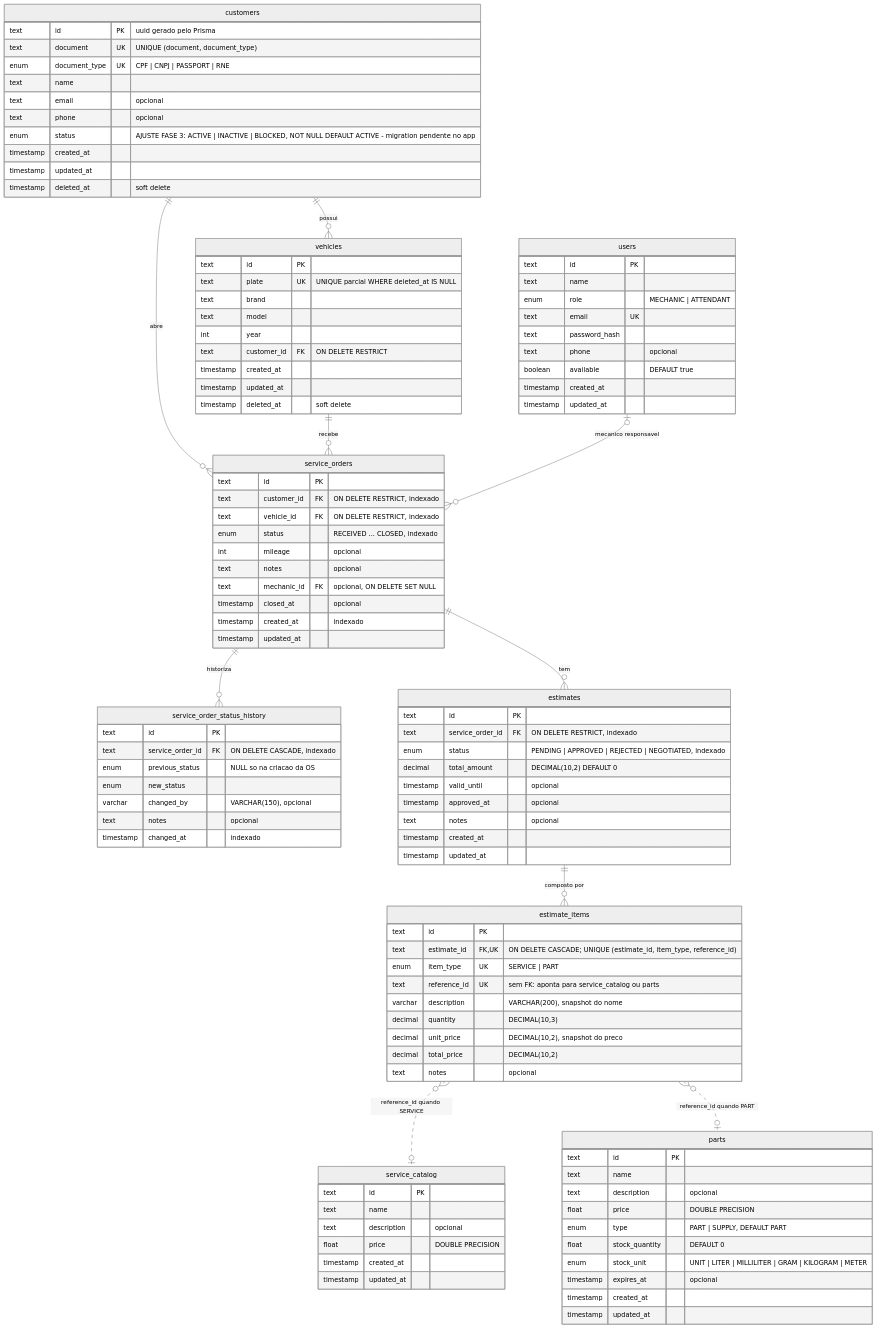
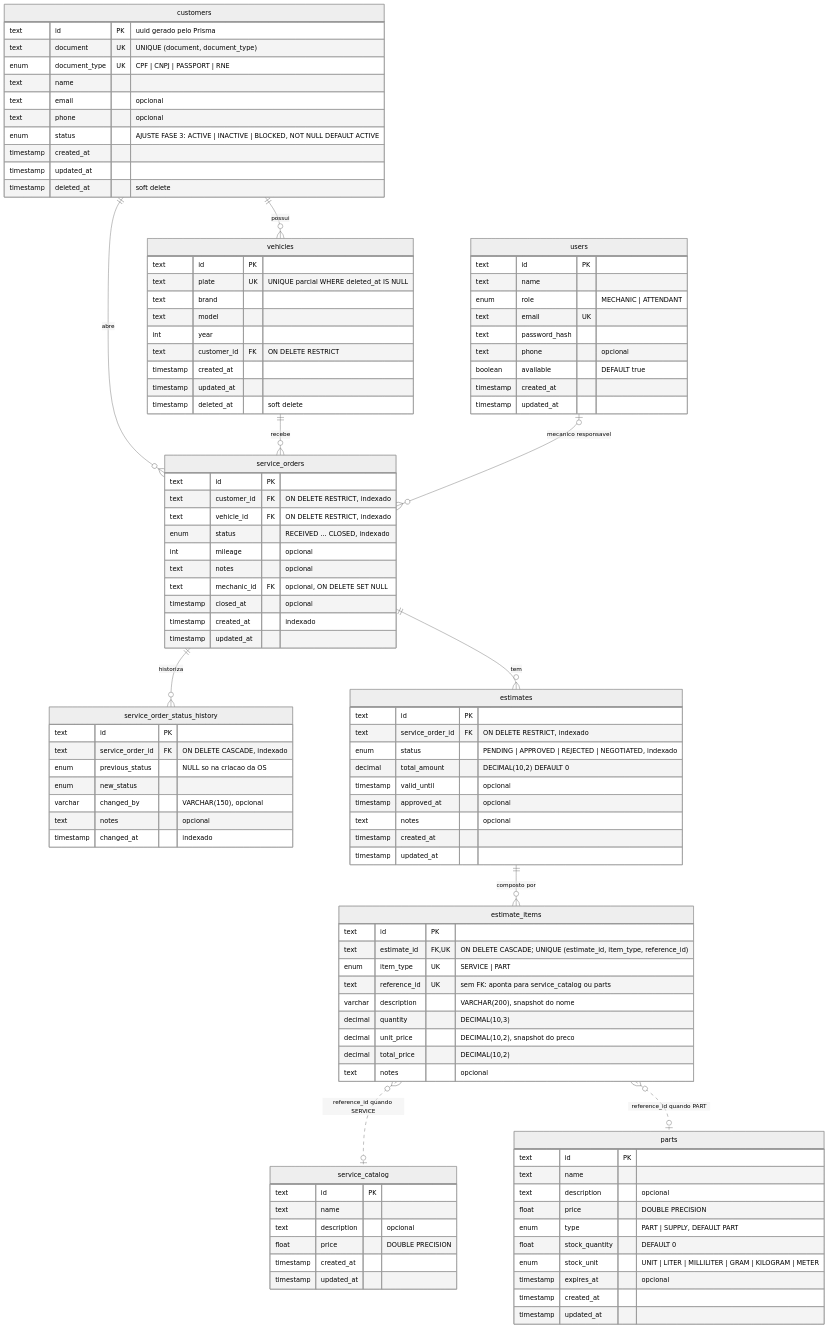
One commit to DevKaue/tech-challenge-database-infra changed the diagram in docs/diagrams/02-modelo-dados.mmd. Above: the diagram before and after it, drawn with Mermaid (neutral theme). The commit also changed 1 other file, not shown here.

Commit message:
docs: registra a coluna status já no develop da aplicação

```diff
--- a/docs/diagrams/02-modelo-dados.mmd
+++ b/docs/diagrams/02-modelo-dados.mmd
@@ -1,116 +1,116 @@
 erDiagram
     customers ||--o{ vehicles : "possui"
     customers ||--o{ service_orders : "abre"
     vehicles ||--o{ service_orders : "recebe"
     users |o--o{ service_orders : "mecanico responsavel"
     service_orders ||--o{ service_order_status_history : "historiza"
     service_orders ||--o{ estimates : "tem"
     estimates ||--o{ estimate_items : "composto por"
     estimate_items }o..o| service_catalog : "reference_id quando SERVICE"
     estimate_items }o..o| parts : "reference_id quando PART"
 
     customers {
         text id PK "uuid gerado pelo Prisma"
         text document UK "UNIQUE (document, document_type)"
         enum document_type UK "CPF | CNPJ | PASSPORT | RNE"
         text name
         text email "opcional"
         text phone "opcional"
-        enum status "AJUSTE FASE 3: ACTIVE | INACTIVE | BLOCKED, NOT NULL DEFAULT ACTIVE - migration pendente no app"
+        enum status "AJUSTE FASE 3: ACTIVE | INACTIVE | BLOCKED, NOT NULL DEFAULT ACTIVE"
         timestamp created_at
         timestamp updated_at
         timestamp deleted_at "soft delete"
     }
 
     vehicles {
         text id PK
         text plate UK "UNIQUE parcial WHERE deleted_at IS NULL"
         text brand
         text model
         int year
         text customer_id FK "ON DELETE RESTRICT"
         timestamp created_at
         timestamp updated_at
         timestamp deleted_at "soft delete"
     }
 
     users {
         text id PK
         text name
         enum role "MECHANIC | ATTENDANT"
         text email UK
         text password_hash
         text phone "opcional"
         boolean available "DEFAULT true"
         timestamp created_at
         timestamp updated_at
     }
 
     service_catalog {
         text id PK
         text name
         text description "opcional"
         float price "DOUBLE PRECISION"
         timestamp created_at
         timestamp updated_at
     }
 
     parts {
         text id PK
         text name
         text description "opcional"
         float price "DOUBLE PRECISION"
         enum type "PART | SUPPLY, DEFAULT PART"
         float stock_quantity "DEFAULT 0"
         enum stock_unit "UNIT | LITER | MILLILITER | GRAM | KILOGRAM | METER"
         timestamp expires_at "opcional"
         timestamp created_at
         timestamp updated_at
     }
 
     service_orders {
         text id PK
         text customer_id FK "ON DELETE RESTRICT, indexado"
         text vehicle_id FK "ON DELETE RESTRICT, indexado"
         enum status "RECEIVED ... CLOSED, indexado"
         int mileage "opcional"
         text notes "opcional"
         text mechanic_id FK "opcional, ON DELETE SET NULL"
         timestamp closed_at "opcional"
         timestamp created_at "indexado"
         timestamp updated_at
     }
 
     service_order_status_history {
         text id PK
         text service_order_id FK "ON DELETE CASCADE, indexado"
         enum previous_status "NULL so na criacao da OS"
         enum new_status
         varchar changed_by "VARCHAR(150), opcional"
         text notes "opcional"
         timestamp changed_at "indexado"
     }
 
     estimates {
         text id PK
         text service_order_id FK "ON DELETE RESTRICT, indexado"
         enum status "PENDING | APPROVED | REJECTED | NEGOTIATED, indexado"
         decimal total_amount "DECIMAL(10,2) DEFAULT 0"
         timestamp valid_until "opcional"
         timestamp approved_at "opcional"
         text notes "opcional"
         timestamp created_at
         timestamp updated_at
     }
 
     estimate_items {
         text id PK
         text estimate_id FK, UK "ON DELETE CASCADE; UNIQUE (estimate_id, item_type, reference_id)"
         enum item_type UK "SERVICE | PART"
         text reference_id UK "sem FK: aponta para service_catalog ou parts"
         varchar description "VARCHAR(200), snapshot do nome"
         decimal quantity "DECIMAL(10,3)"
         decimal unit_price "DECIMAL(10,2), snapshot do preco"
         decimal total_price "DECIMAL(10,2)"
         text notes "opcional"
     }
```
